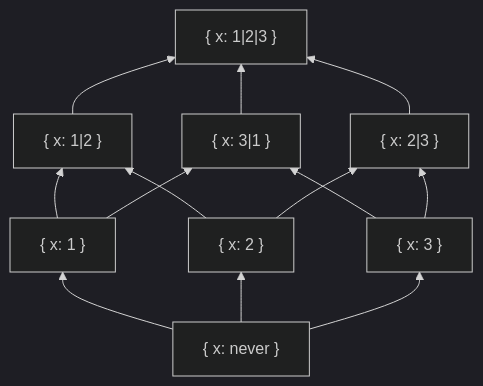
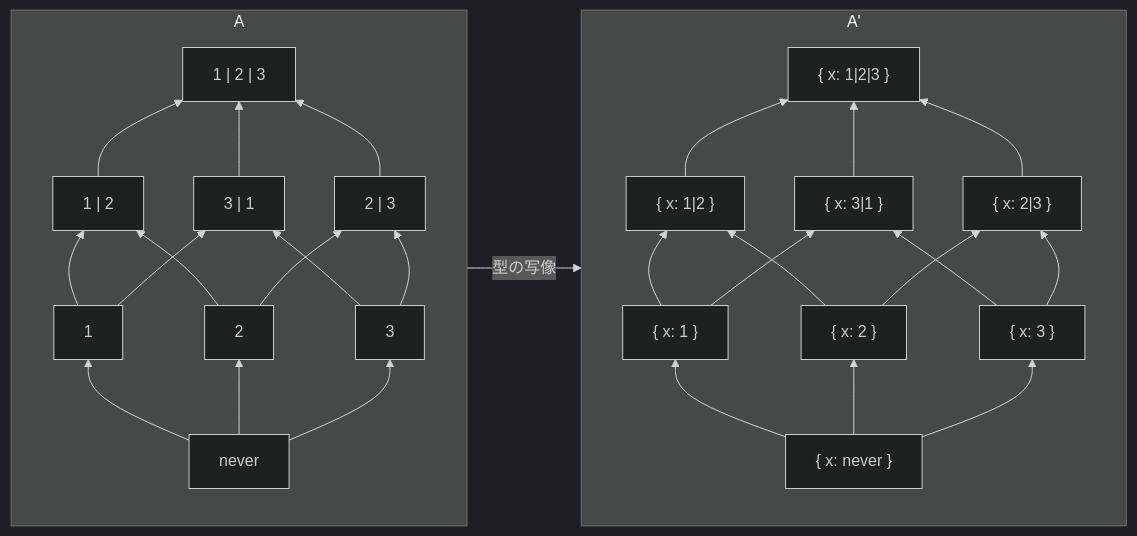
Before and after one commit to yo-goto/zenn-public-repo: the sixth of 24 diagrams in books/algebraic-subtyping-models/6-ast-set-theoretic-model.md, drawn with Mermaid (dark theme). The commit also changed other lines of this file, not shown here.

````diff
--- a/books/algebraic-subtyping-models/6-ast-set-theoretic-model.md
+++ b/books/algebraic-subtyping-models/6-ast-set-theoretic-model.md
@@ -366,19 +385,44 @@
 ```mermaid
-graph BT
+graph LR
+subgraph A
+  direction BT
+  B_123["never"]
+  1["1"]
+  2["2"]
+  3["3"]
+  12["1 | 2"]
+  31["3 | 1"]
+  23["2 | 3"]
+  T_123["1 | 2 | 3"]
+  B_123 --> 1 & 2 & 3
+  1 --> 12
+  2 --> 12
+  3 --> 31
+  2 --> 23
+  1 --> 31
+  3 --> 23
+  12 & 23 & 31 --> T_123
+end
+
+subgraph A'
+  direction BT
   B["{ x: never }"]
   X["{ x: 1 }"]
   Y["{ x: 2 }"]
   Z["{ x: 3 }"]
   XY["{ x: 1|2 }"]
   ZX["{ x: 3|1 }"]
   YZ["{ x: 2|3 }"]
   T["{ x: 1|2|3 }"]
   B --> X & Y & Z
   X --> XY
   Y --> XY
   Z --> ZX
   Y --> YZ
   X --> ZX
   Z --> YZ
   XY & YZ & ZX --> T
+end
+
+A -->|"型の写像"| A'
 ```
````
